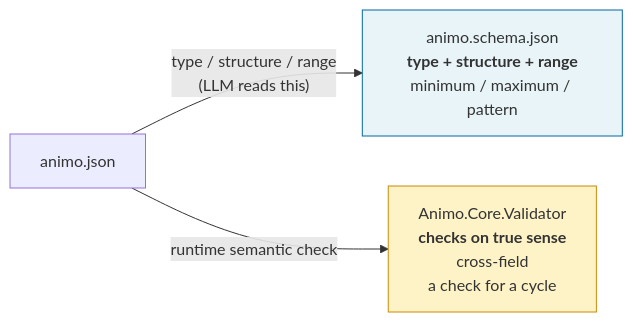
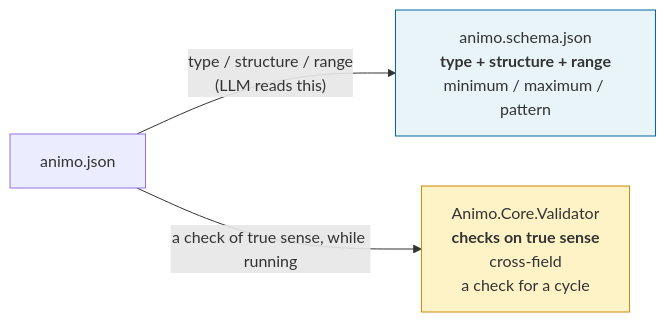
Before and after one commit to hiroxpepe/animo: diagram 37 of 56 in docs/animo_spec.md, drawn with Mermaid. The commit also changed other lines of this file, not shown here.

Commit message:
fix: Update the mermaid diagram text to fit Basic English

````diff
--- a/docs/animo_spec.md
+++ b/docs/animo_spec.md
@@ -2054,10 +2054,10 @@
 ```mermaid
 flowchart LR
   JSON["animo.json"]
   Schema["animo.schema.json<br/><b>type + structure + range</b><br/>minimum / maximum / pattern"]
   Validator["Animo.Core.Validator<br/><b>checks on true sense</b><br/>cross-field<br/>a check for a cycle"]
   JSON -->|"type / structure / range<br/>(LLM reads this)"| Schema
-  JSON -->|"runtime semantic check"| Validator
+  JSON -->|"a check of true sense, while running"| Validator
   style Schema fill:#e8f4f8,stroke:#0369a1
   style Validator fill:#fef3c7,stroke:#ca8a04
 ```
````
